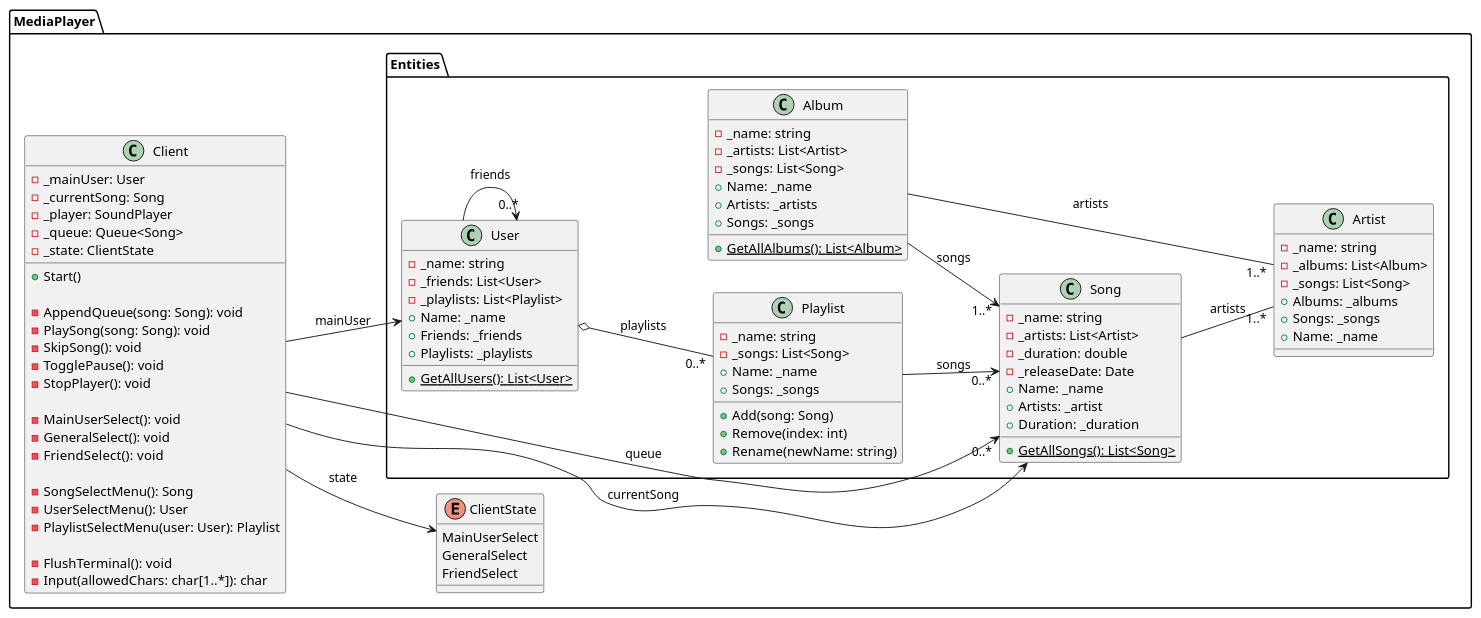
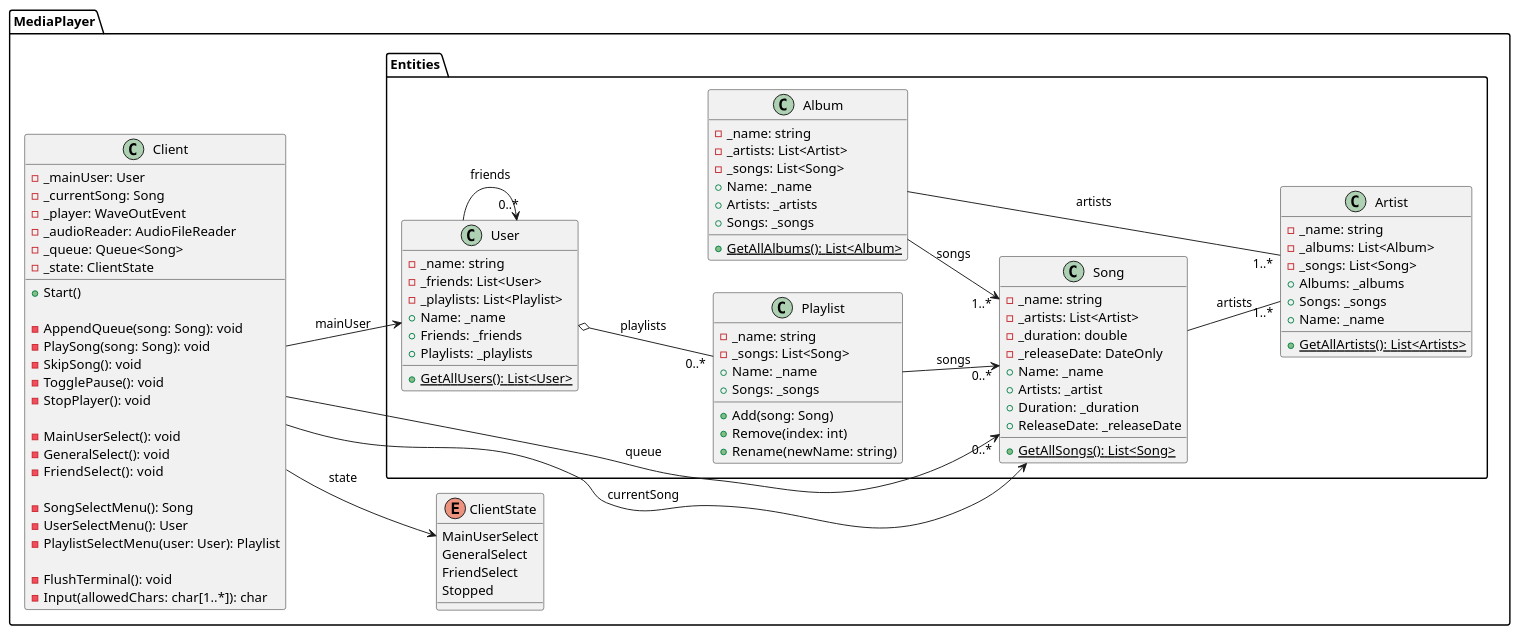
Before and after one commit to A-A-Tel/media-player: the diagram in class-diagram.puml, drawn with PlantUML. The commit also changed 8 other files, not shown here.

```diff
--- a/class-diagram.puml
+++ b/class-diagram.puml
@@ -1,116 +1,121 @@
 @startuml
 left to right direction
 
 namespace MediaPlayer {
 
     enum ClientState {
         MainUserSelect
         GeneralSelect
         FriendSelect
+        Stopped
     }
     
     class Client {
         - _mainUser: User
         - _currentSong: Song
-        - _player: SoundPlayer
+        - _player: WaveOutEvent
+        - _audioReader: AudioFileReader
         - _queue: Queue<Song>
         - _state: ClientState
         
         + Start()
         
         ' commands
         - AppendQueue(song: Song): void
         - PlaySong(song: Song): void
         - SkipSong(): void
         - TogglePause(): void
         - StopPlayer(): void
         
         ' state
         - MainUserSelect(): void
         - GeneralSelect(): void
         - FriendSelect():  void
         
         ' menus
         - SongSelectMenu(): Song
         - UserSelectMenu(): User
         - PlaylistSelectMenu(user: User): Playlist
         
         ' helpers
         - FlushTerminal(): void
         - Input(allowedChars: char[1..*]): char
     }
     
     namespace Entities {
     
         class Song {
             - _name: string
             - _artists: List<Artist>
             - _duration: double
-            - _releaseDate: Date
+            - _releaseDate: DateOnly
             + Name: _name
             + Artists: _artist
             + Duration: _duration
+            + ReleaseDate: _releaseDate
             
             + GetAllSongs(): List<Song> {static}
         }
             
         class User {
             - _name: string
             - _friends: List<User>
             - _playlists: List<Playlist>
             + Name: _name
             + Friends: _friends
             + Playlists: _playlists
             
             + GetAllUsers(): List<User> {static}
         }
         
         class Playlist {
             - _name: string
             - _songs: List<Song>
             + Name: _name
             + Songs: _songs
             
             + Add(song: Song)
             + Remove(index: int)
             + Rename(newName: string)
         }
         
         class Album {
             - _name: string
             - _artists: List<Artist>
             - _songs: List<Song>
             + Name: _name
             + Artists: _artists
             + Songs: _songs
             
             + GetAllAlbums(): List<Album> {static}
         }
         
         class Artist {
             - _name: string
             - _albums: List<Album>
             - _songs: List<Song>
             + Albums: _albums
             + Songs: _songs
             + Name: _name
+            
+            + GetAllArtists(): List<Artists> {static}
         }
     }
 }
 
 Client --> User : mainUser
 Client --> Song : currentSong
 Client --> "0..*" Song : queue
 Client --> ClientState : state
 
 User o-- "0..*" Playlist : playlists
 User --> "0..*" User : friends
 
 Album --> "1..*" Song : songs
 Album -- "1..*" Artist : artists
 
 Playlist --> "0..*" Song : songs
 
 Song -- "1..*" Artist : artists
 
 @enduml
```
